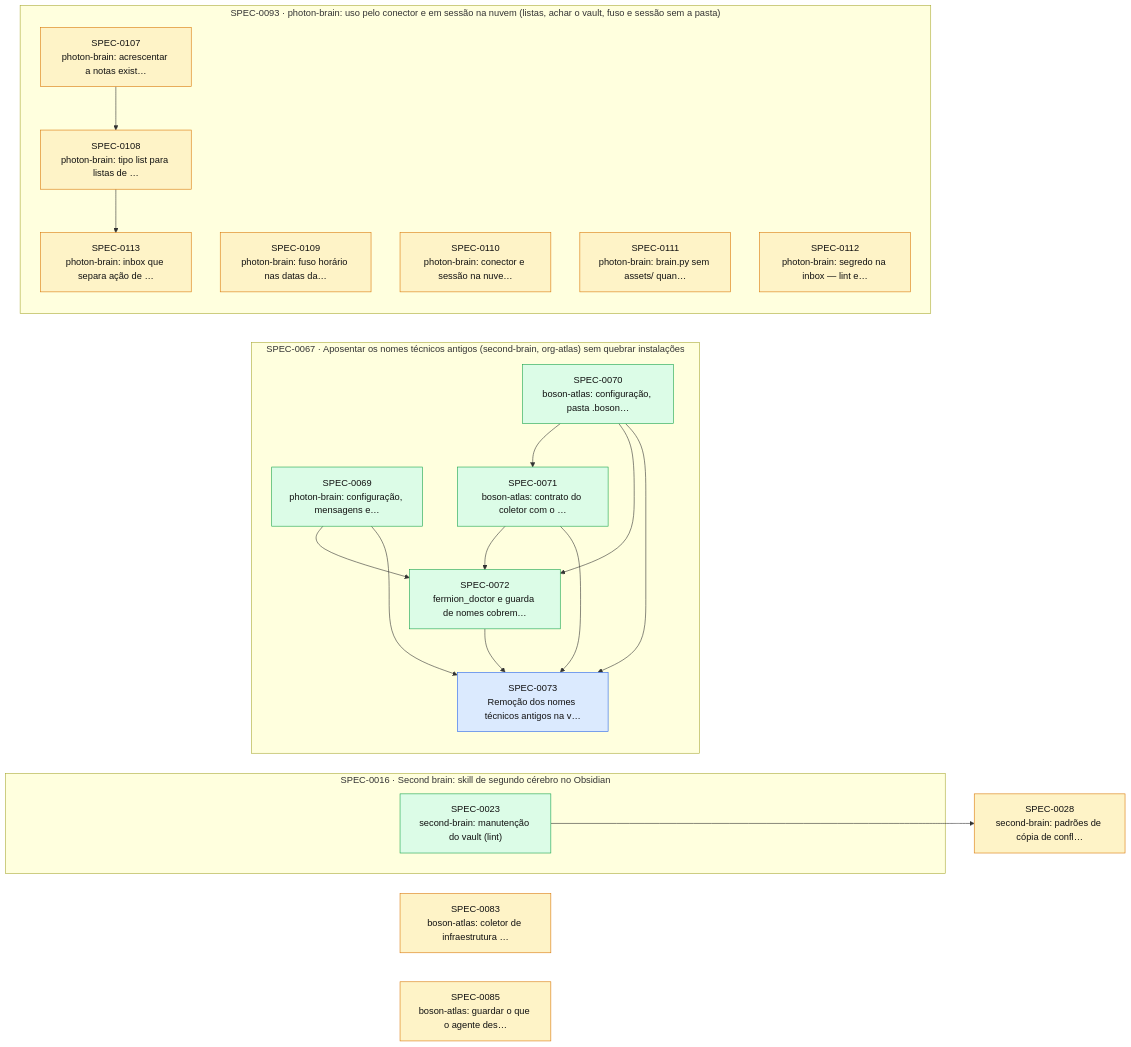
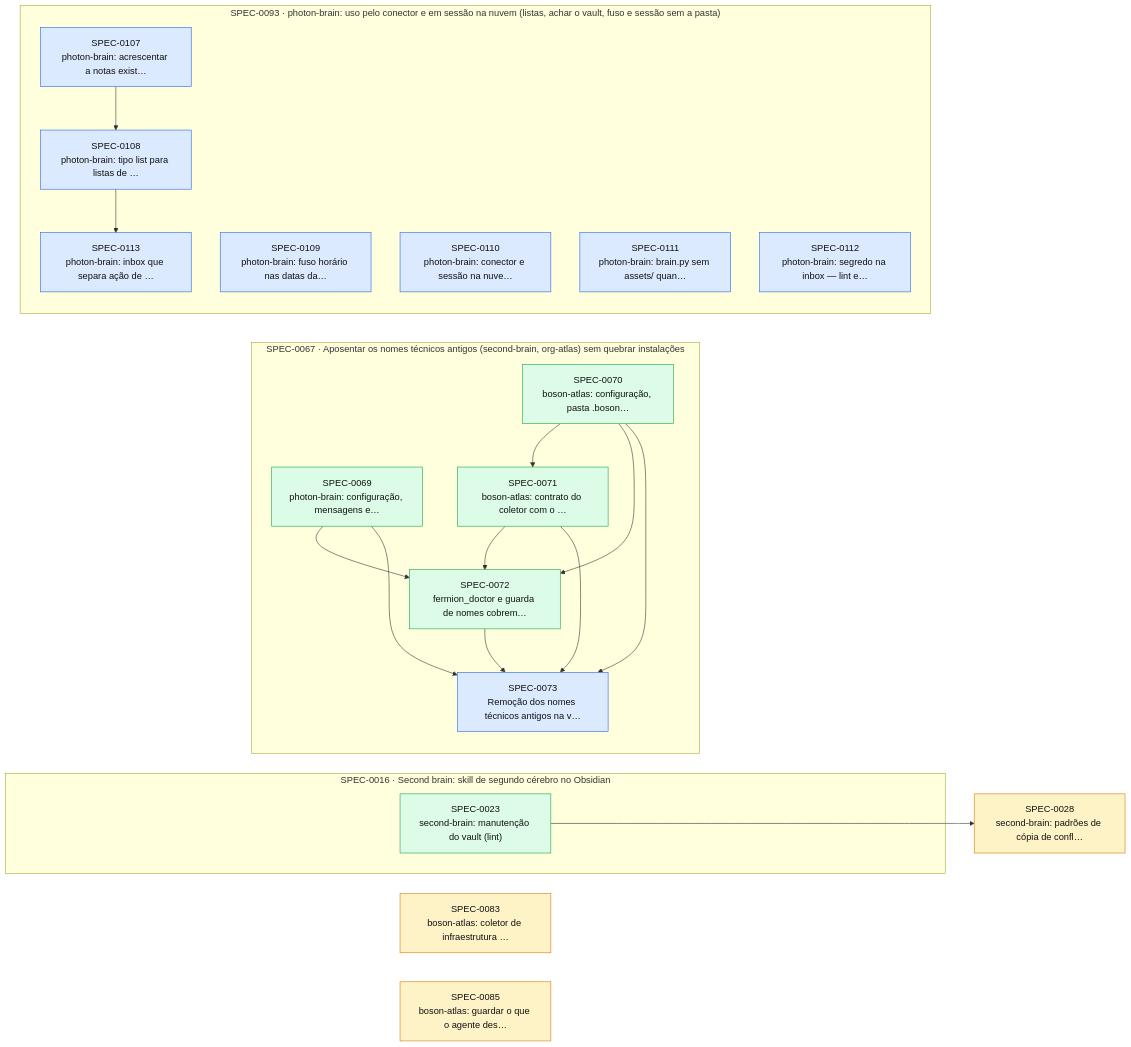
One commit to thomasravache/ai-dev-brain changed the diagram in docs/specs/INDEX.md. Above: the diagram before and after it, drawn with Mermaid. The commit also changed other lines of this file and 9 other files, not shown here.

````diff
--- a/docs/specs/INDEX.md
+++ b/docs/specs/INDEX.md
@@ -72,41 +72,41 @@
 ```mermaid
 flowchart LR
   S0028["SPEC-0028<br/>second-brain: padrões de cópia de confl…"]:::proposed
   S0083["SPEC-0083<br/>boson-atlas: coletor de infraestrutura …"]:::proposed
   S0085["SPEC-0085<br/>boson-atlas: guardar o que o agente des…"]:::proposed
   subgraph E0016["SPEC-0016 · Second brain: skill de segundo cérebro no Obsidian"]
     S0023["SPEC-0023<br/>second-brain: manutenção do vault (lint)"]:::implemented
   end
   subgraph E0067["SPEC-0067 · Aposentar os nomes técnicos antigos (second-brain, org-atlas) sem quebrar instalações"]
     S0069["SPEC-0069<br/>photon-brain: configuração, mensagens e…"]:::implemented
     S0070["SPEC-0070<br/>boson-atlas: configuração, pasta .boson…"]:::implemented
     S0071["SPEC-0071<br/>boson-atlas: contrato do coletor com o …"]:::implemented
     S0072["SPEC-0072<br/>fermion_doctor e guarda de nomes cobrem…"]:::implemented
     S0073["SPEC-0073<br/>Remoção dos nomes técnicos antigos na v…"]:::approved
   end
   subgraph E0093["SPEC-0093 · photon-brain: uso pelo conector e em sessão na nuvem (listas, achar o vault, fuso e sessão sem a pasta)"]
-    S0107["SPEC-0107<br/>photon-brain: acrescentar a notas exist…"]:::proposed
-    S0108["SPEC-0108<br/>photon-brain: tipo list para listas de …"]:::proposed
-    S0109["SPEC-0109<br/>photon-brain: fuso horário nas datas da…"]:::proposed
-    S0110["SPEC-0110<br/>photon-brain: conector e sessão na nuve…"]:::proposed
-    S0111["SPEC-0111<br/>photon-brain: brain.py sem assets/ quan…"]:::proposed
-    S0112["SPEC-0112<br/>photon-brain: segredo na inbox — lint e…"]:::proposed
-    S0113["SPEC-0113<br/>photon-brain: inbox que separa ação de …"]:::proposed
+    S0107["SPEC-0107<br/>photon-brain: acrescentar a notas exist…"]:::approved
+    S0108["SPEC-0108<br/>photon-brain: tipo list para listas de …"]:::approved
+    S0109["SPEC-0109<br/>photon-brain: fuso horário nas datas da…"]:::approved
+    S0110["SPEC-0110<br/>photon-brain: conector e sessão na nuve…"]:::approved
+    S0111["SPEC-0111<br/>photon-brain: brain.py sem assets/ quan…"]:::approved
+    S0112["SPEC-0112<br/>photon-brain: segredo na inbox — lint e…"]:::approved
+    S0113["SPEC-0113<br/>photon-brain: inbox que separa ação de …"]:::approved
   end
   S0023 --> S0028
   S0070 --> S0071
   S0069 --> S0072
   S0070 --> S0072
   S0071 --> S0072
   S0069 --> S0073
   S0070 --> S0073
   S0071 --> S0073
   S0072 --> S0073
   S0107 --> S0108
   S0108 --> S0113
   classDef proposed fill:#fef3c7,stroke:#d97706,color:#111
   classDef approved fill:#dbeafe,stroke:#2563eb,color:#111
   classDef inprogress fill:#ede9fe,stroke:#7c3aed,color:#111
   classDef implemented fill:#dcfce7,stroke:#16a34a,color:#111
   classDef deprecated fill:#f3f4f6,stroke:#9ca3af,color:#6b7280
 ```
````
